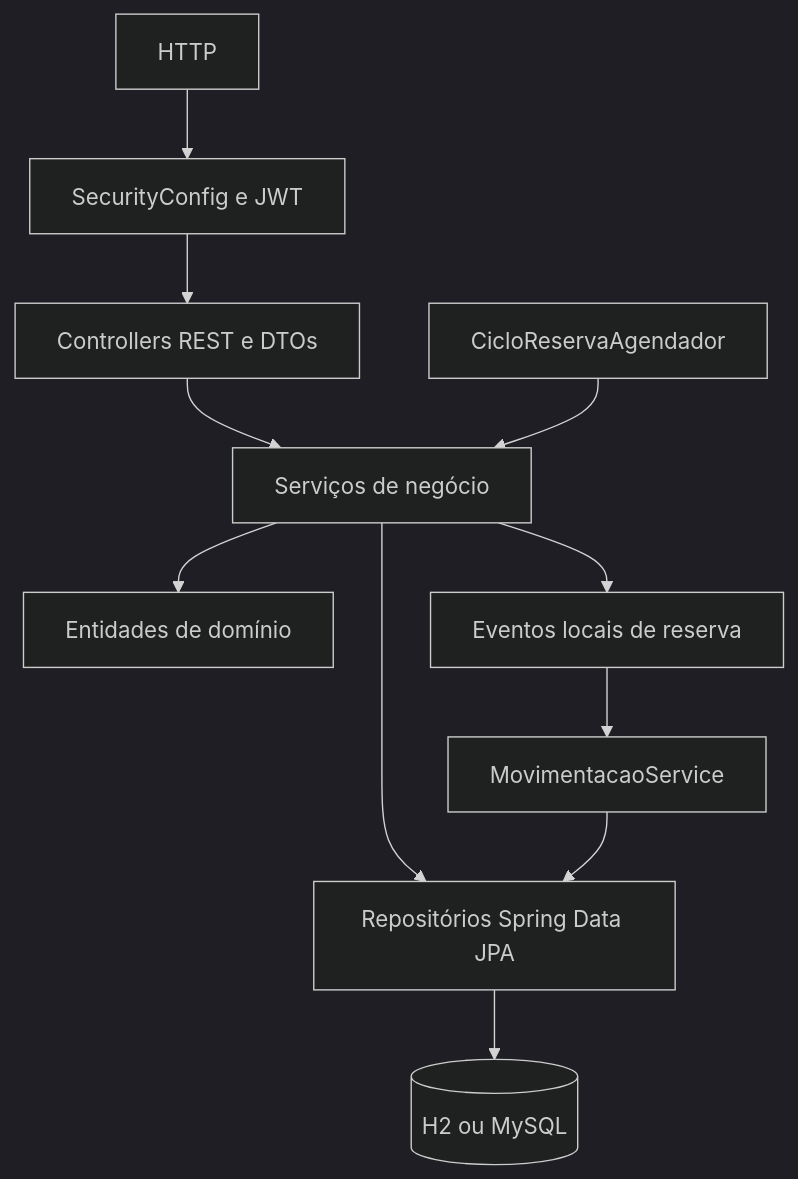
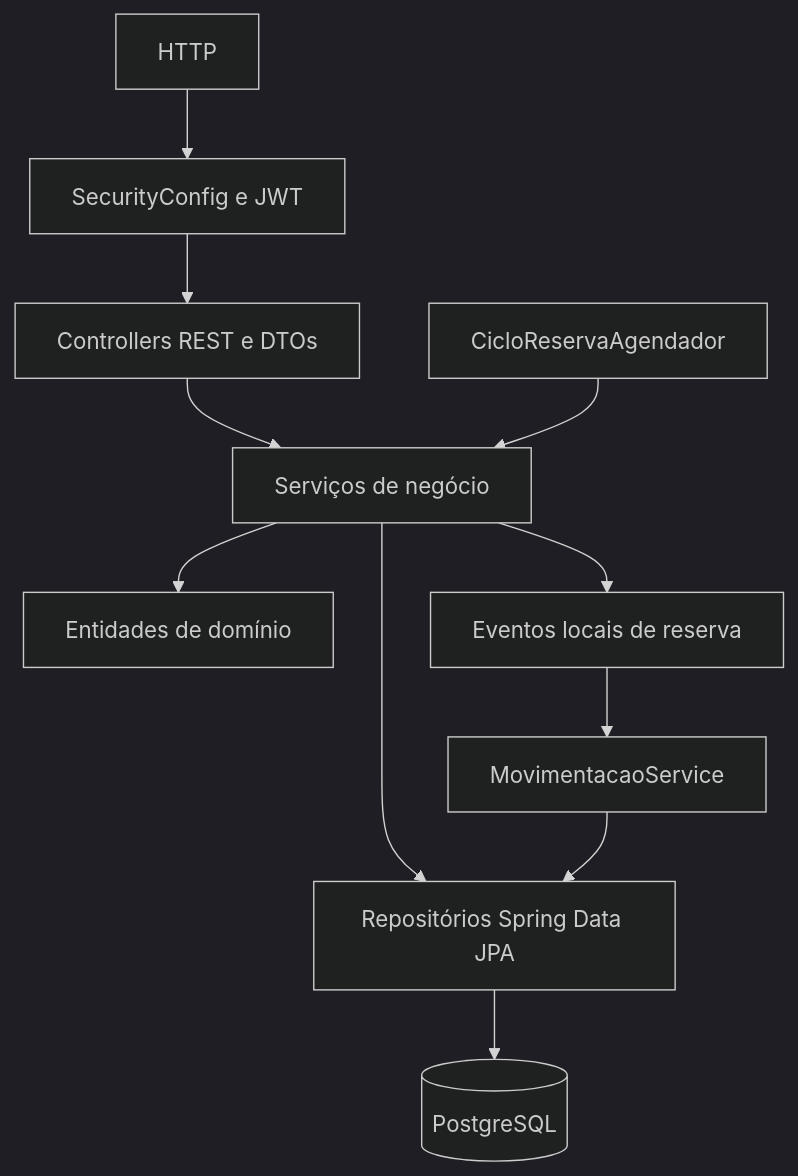
The fourth of 11 diagrams in src/docs/arquitetura.md (CarlaLDC/projeto-aloca), drawn with Mermaid (dark theme) before and after one commit. The commit also changed other lines of this file and 7 other files, not shown here.

First line of the commit message:
docs: instruções e documentação com PostgreSQL no lugar de MySQL/H2

````diff
--- a/src/docs/arquitetura.md
+++ b/src/docs/arquitetura.md
@@ -64,13 +63,13 @@
 ```mermaid
 flowchart TB
   H["HTTP"] --> S["SecurityConfig e JWT"]
   S --> C["Controllers REST e DTOs"]
   C --> V["Serviços de negócio"]
   V --> E["Entidades de domínio"]
   V --> R["Repositórios Spring Data JPA"]
-  R --> DB[("H2 ou MySQL")]
+  R --> DB[("PostgreSQL")]
   V --> N["Eventos locais de reserva"]
   N --> M["MovimentacaoService"]
   M --> R
   G["CicloReservaAgendador"] --> V
 ```
````
